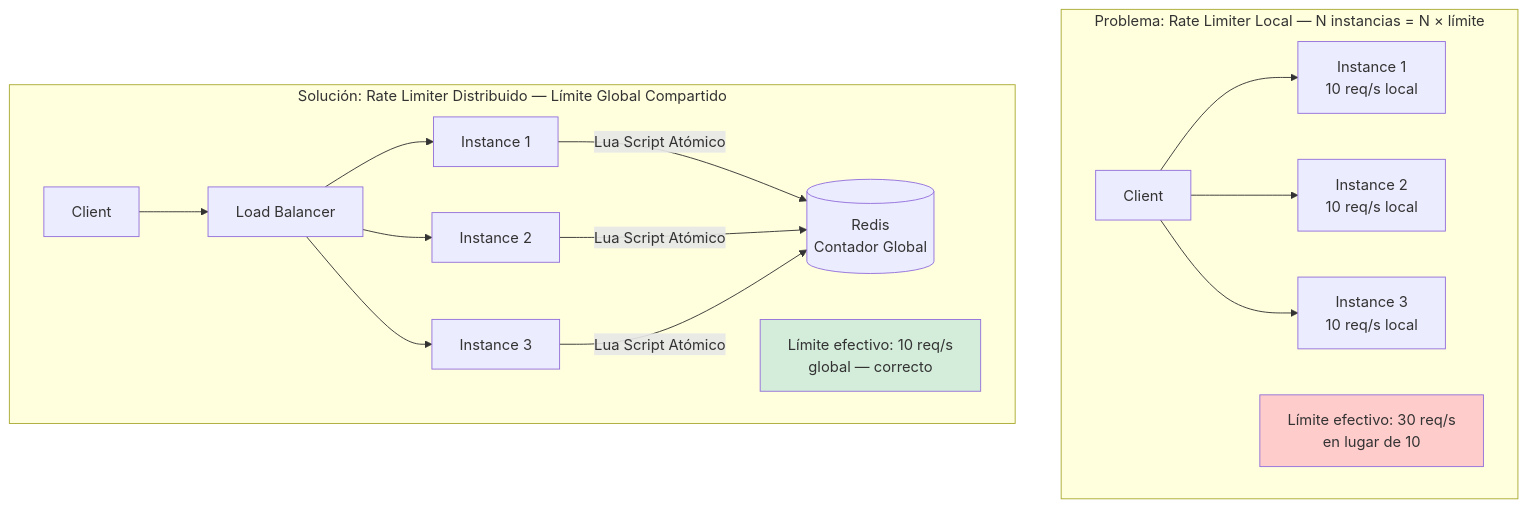
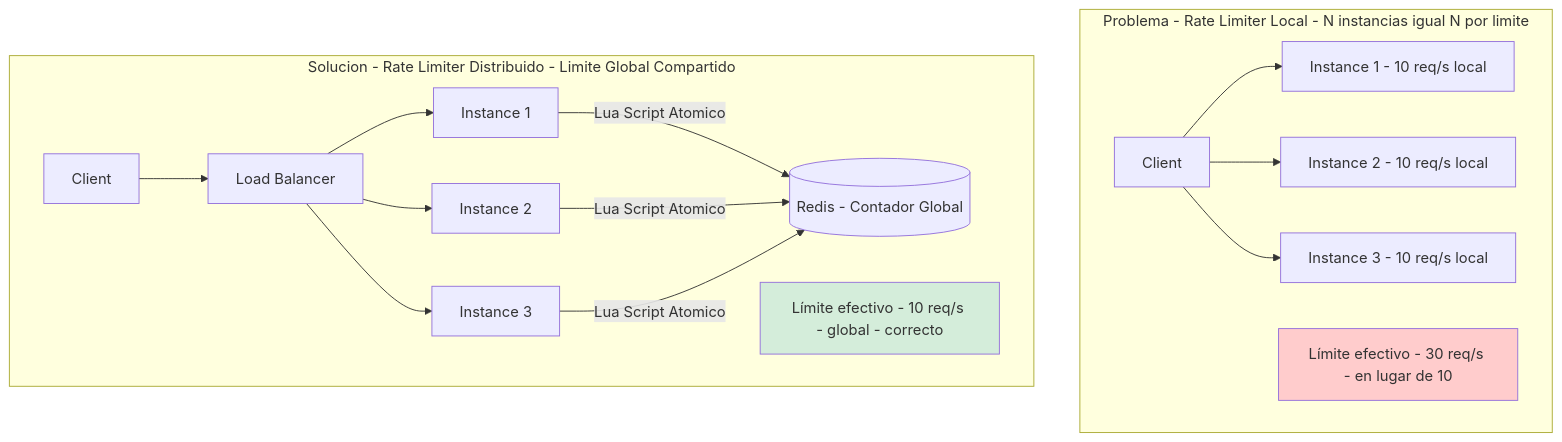
One commit to Joaquinriosheredia/DAM-Java-Mastery changed the first of 3 diagrams in 02_Arquitectura/rate_limiter_distribuido_con_redis_y_java_21_STAFF.md. Above: the diagram before and after it, drawn with Mermaid. The commit also changed other lines of this file, not shown here.

Commit message:
rate_limiter_distribuido_con_redis_y_java_21_STAFF.md

````diff
--- a/02_Arquitectura/rate_limiter_distribuido_con_redis_y_java_21_STAFF.md
+++ b/02_Arquitectura/rate_limiter_distribuido_con_redis_y_java_21_STAFF.md
@@ -39,23 +57,23 @@
 ```mermaid
 graph TD
-    subgraph "Problema: Rate Limiter Local — N instancias = N × límite"
-        C1[Client] --> I1[Instance 1\n10 req/s local]
-        C1 --> I2[Instance 2\n10 req/s local]
-        C1 --> I3[Instance 3\n10 req/s local]
-        NOTE1[Límite efectivo: 30 req/s\nen lugar de 10]
+    subgraph "Problema - Rate Limiter Local - N instancias igual N por limite"
+        C1[Client] --> I1[Instance 1 - 10 req/s local]
+        C1 --> I2[Instance 2 - 10 req/s local]
+        C1 --> I3[Instance 3 - 10 req/s local]
+        NOTE1[Límite efectivo - 30 req/s - en lugar de 10]
     end
 
-    subgraph "Solución: Rate Limiter Distribuido — Límite Global Compartido"
+    subgraph "Solucion - Rate Limiter Distribuido - Limite Global Compartido"
         C2[Client] --> LB[Load Balancer]
         LB --> J1[Instance 1]
         LB --> J2[Instance 2]
         LB --> J3[Instance 3]
-        J1 -->|Lua Script Atómico| REDIS[(Redis\nContador Global)]
-        J2 -->|Lua Script Atómico| REDIS
-        J3 -->|Lua Script Atómico| REDIS
-        NOTE2[Límite efectivo: 10 req/s\nglobal — correcto]
+        J1 -->|Lua Script Atomico| REDIS[(Redis - Contador Global)]
+        J2 -->|Lua Script Atomico| REDIS
+        J3 -->|Lua Script Atomico| REDIS
+        NOTE2[Límite efectivo - 10 req/s - global - correcto]
     end
     
     style NOTE1 fill:#ffcccc
     style NOTE2 fill:#d4edda
 ```
````
